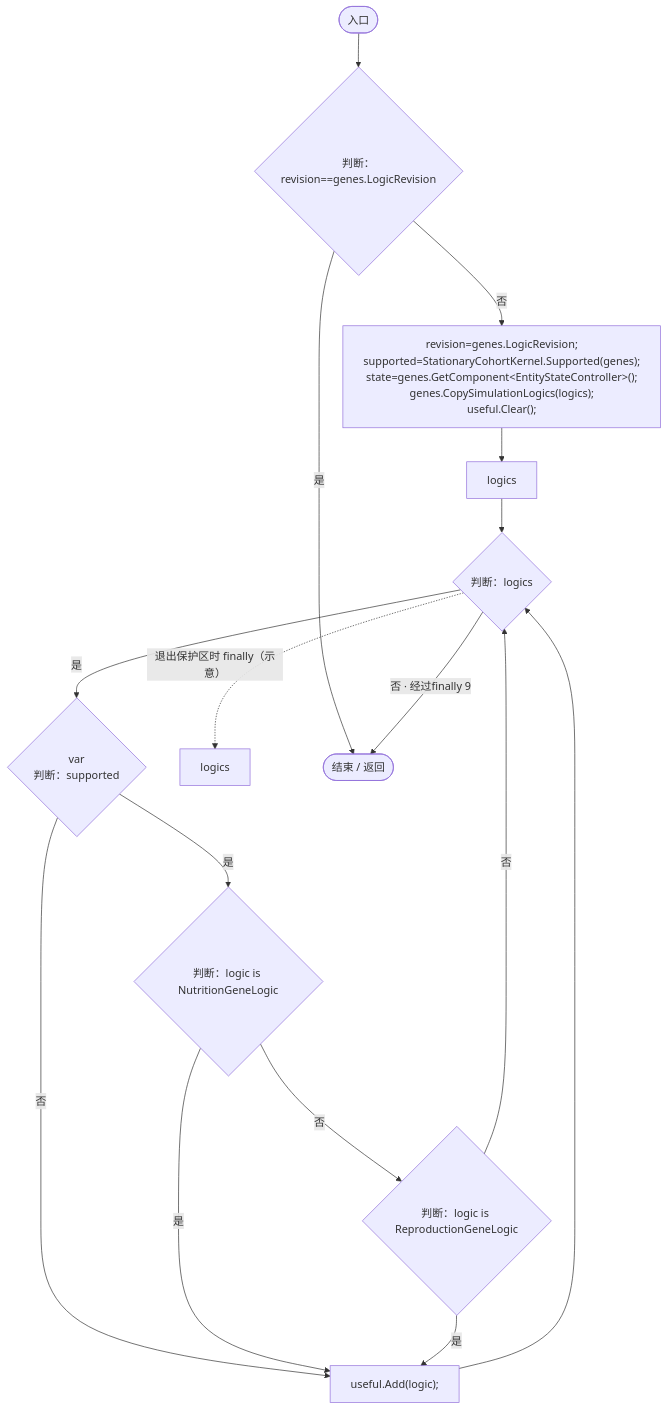
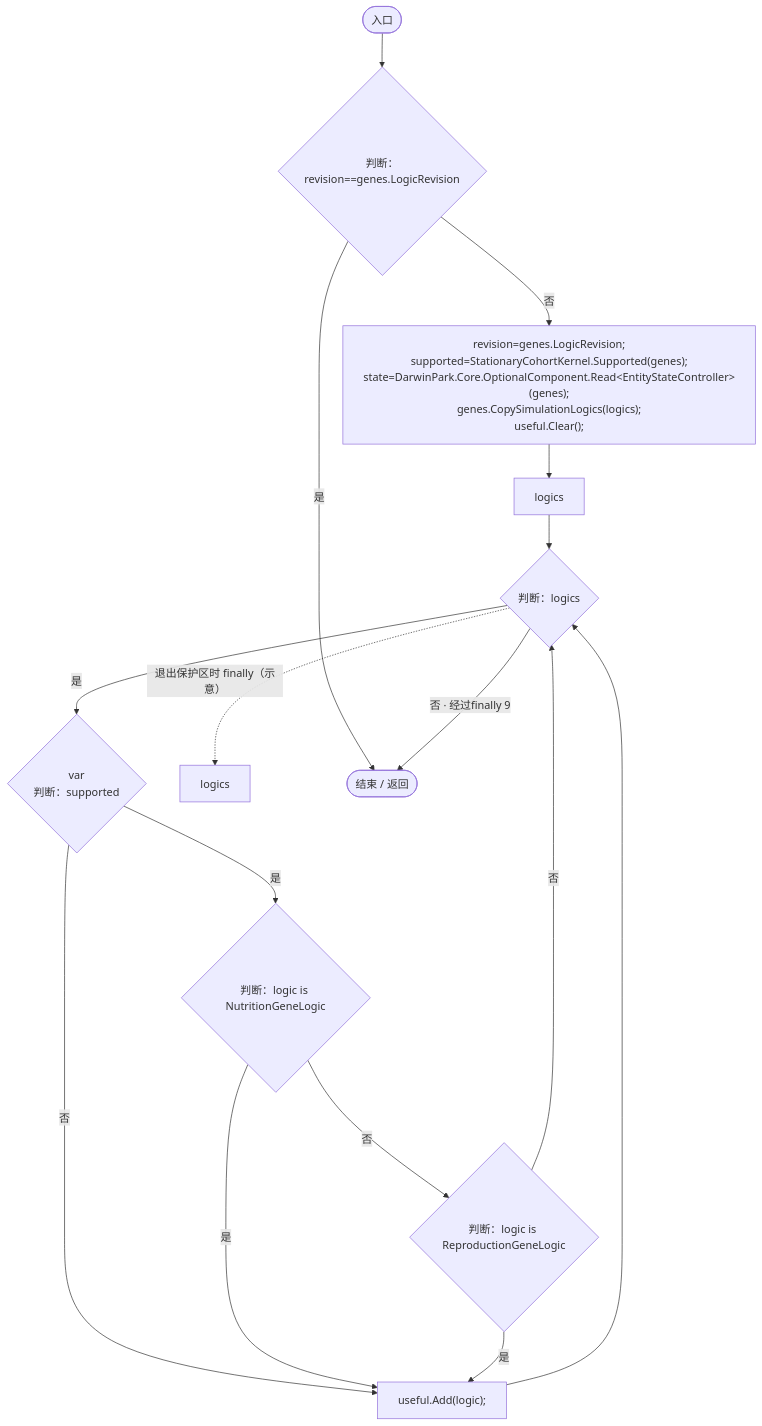
Before and after one commit to xhs6666/Darwin_paradise: the first of 5 diagrams in Docs/运行流程图/脚本/aa60fc9f4553ae15.md, drawn with Mermaid. The commit also changed other lines of this file and 297 other files, not shown here.

````diff
--- a/Docs/运行流程图/脚本/aa60fc9f4553ae15.md
+++ b/Docs/运行流程图/脚本/aa60fc9f4553ae15.md
@@ -19,30 +19,30 @@
 ```mermaid
 flowchart TD
   b0(["入口"])
   b1{"判断：revision==genes.LogicRevision"}
-  b2["revision=genes.LogicRevision;<br/>supported=StationaryCohortKernel.Supported(genes);<br/>state=genes.GetComponent&lt;EntityStateController&gt;();<br/>genes.CopySimulationLogics(logics);<br/>useful.Clear();"]
+  b2["revision=genes.LogicRevision;<br/>supported=StationaryCohortKernel.Supported(genes);<br/>state=DarwinPark.Core.OptionalComponent.Read&lt;EntityStateController&gt;(genes);<br/>genes.CopySimulationLogics(logics);<br/>useful.Clear();"]
   b3["logics"]
   b4{"判断：logics"}
   b5{"var<br/>判断：supported"}
   b6{"判断：logic is NutritionGeneLogic"}
   b7{"判断：logic is ReproductionGeneLogic"}
   b8["useful.Add(logic);"]
   b9["logics"]
   b10(["结束 / 返回"])
   b0 --> b1
   b1 -->|"是"| b10
   b1 -->|"否"| b2
   b2 --> b3
   b3 --> b4
   b4 -->|"是"| b5
   b4 -->|"否 · 经过finally 9"| b10
   b5 -->|"是"| b6
   b5 -->|"否"| b8
   b6 -->|"否"| b7
   b6 -->|"是"| b8
   b7 -->|"是"| b8
   b7 -->|"否"| b4
   b8 --> b4
   b4 -. "退出保护区时 finally（示意）" .-> b9
 
 ```
````
